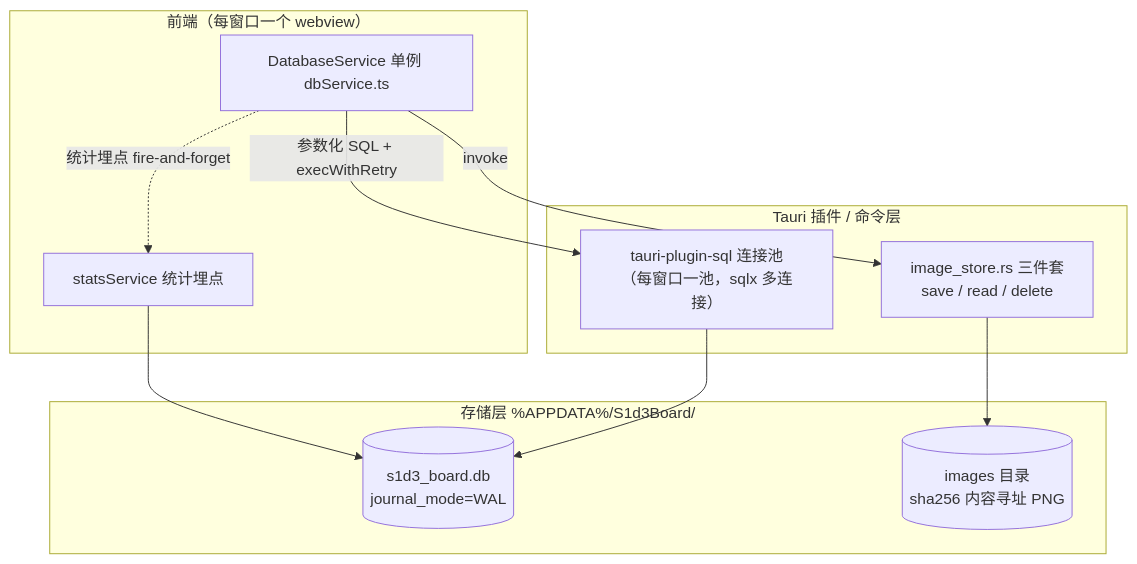
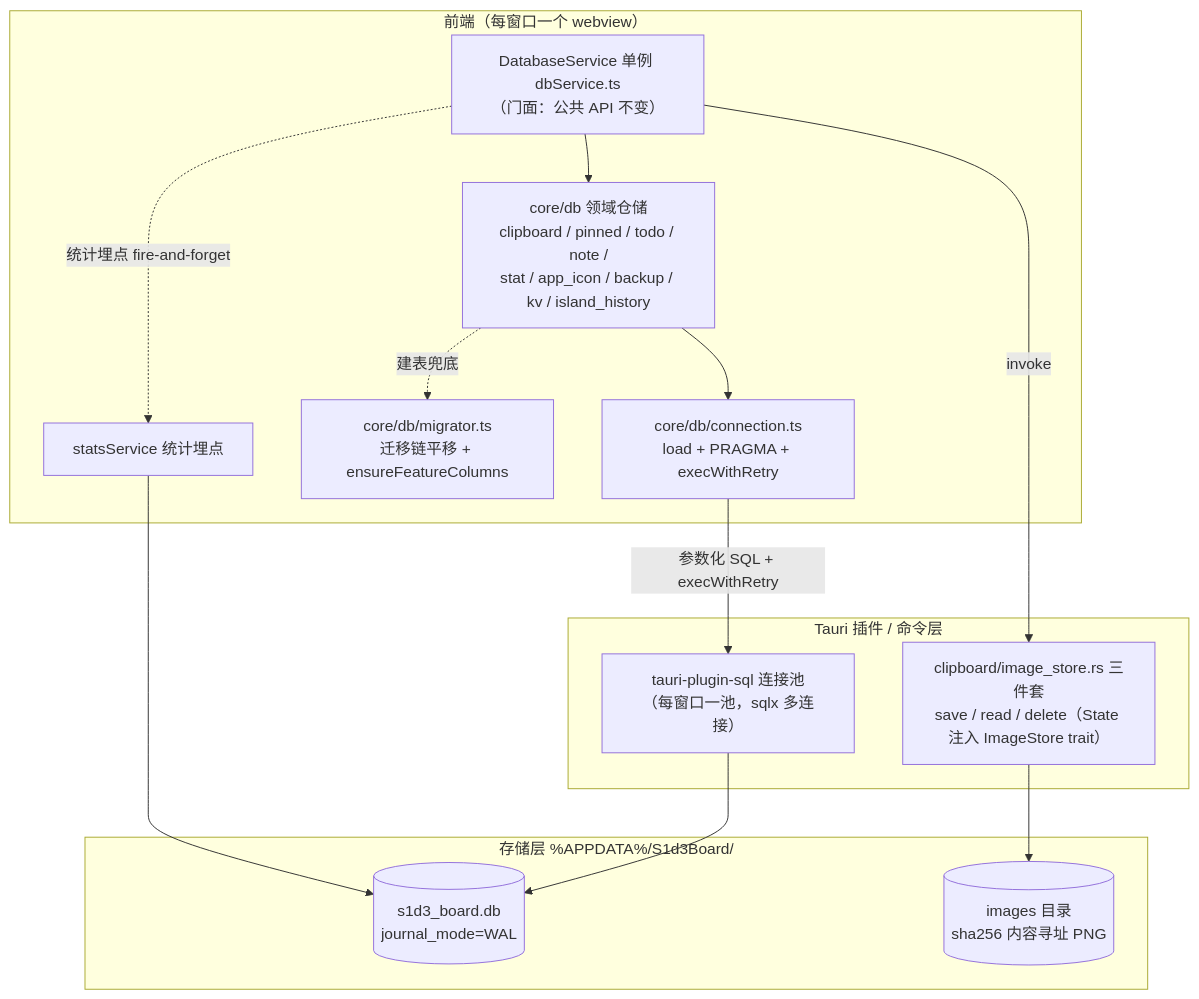
Before and after one commit to s0uths1d3/s1d3_board: the first of 5 diagrams in .docs/database.md, drawn with Mermaid. The commit also changed other lines of this file and 3 other files, not shown here.

````diff
--- a/.docs/database.md
+++ b/.docs/database.md
@@ -24,21 +24,27 @@
 ```mermaid
 flowchart TB
     subgraph FE["前端（每窗口一个 webview）"]
-        DBS["DatabaseService 单例 dbService.ts"]
+        DBS["DatabaseService 单例 dbService.ts<br/>（门面：公共 API 不变）"]
+        REPO["core/db 领域仓储<br/>clipboard / pinned / todo / note /<br/>stat / app_icon / backup / kv / island_history"]
+        CONN["core/db/connection.ts<br/>load + PRAGMA + execWithRetry"]
+        MIG["core/db/migrator.ts<br/>迁移链平移 + ensureFeatureColumns"]
         SS["statsService 统计埋点"]
     end
     subgraph CMD["Tauri 插件 / 命令层"]
         SQL["tauri-plugin-sql 连接池<br/>（每窗口一池，sqlx 多连接）"]
-        IMGCMD["image_store.rs 三件套<br/>save / read / delete"]
+        IMGCMD["clipboard/image_store.rs 三件套<br/>save / read / delete（State 注入 ImageStore trait）"]
     end
     subgraph STORE["存储层 %APPDATA%/S1d3Board/"]
         DBF[("s1d3_board.db<br/>journal_mode=WAL")]
         IMGF[("images 目录<br/>sha256 内容寻址 PNG")]
     end
-    DBS -- "参数化 SQL + execWithRetry" --> SQL
+    DBS --> REPO
+    REPO --> CONN
+    REPO -. "建表兜底" .-> MIG
+    CONN -- "参数化 SQL + execWithRetry" --> SQL
     SQL --> DBF
     DBS -- "invoke" --> IMGCMD
     IMGCMD --> IMGF
     DBS -. "统计埋点 fire-and-forget" .-> SS
     SS --> DBF
 ```
````
